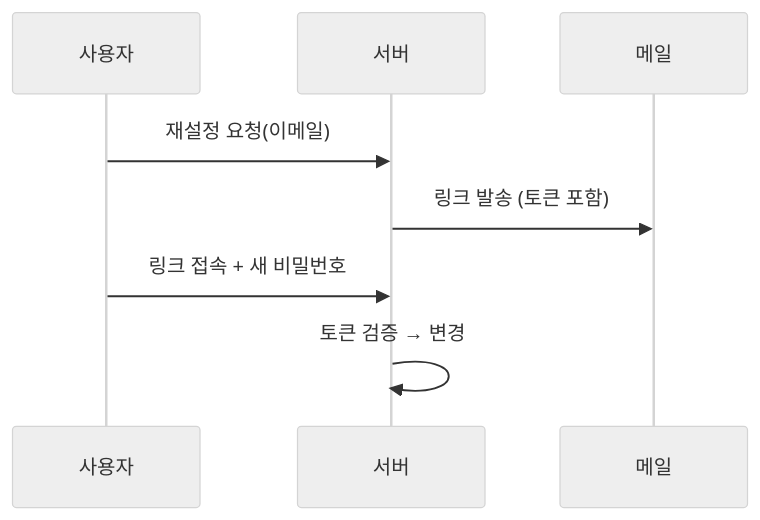
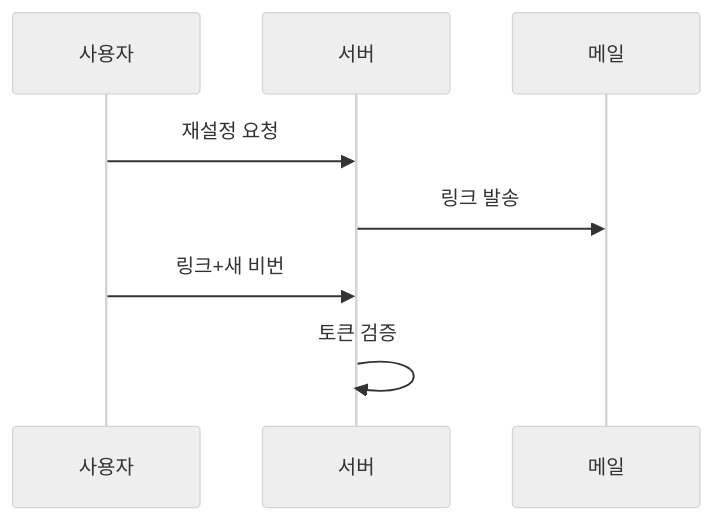
Before and after one commit to logiciris/logiciris.github.io: the second of 2 diagrams in _notes/authentication-vulnerabilities.md, drawn with Mermaid (neutral theme). The commit also changed 28 other files, not shown here.

Commit message:
Notes batches 1-2: qa fixes (accuracy, links, mermaid labels)

````diff
--- a/_notes/authentication-vulnerabilities.md
+++ b/_notes/authentication-vulnerabilities.md
@@ -166,10 +166,10 @@
 ```mermaid
 sequenceDiagram
     participant U as 사용자
     participant S as 서버
     participant M as 메일
-    U->>S: 재설정 요청(이메일)
-    S->>M: 링크 발송 (토큰 포함)
-    U->>S: 링크 접속 + 새 비밀번호
-    S->>S: 토큰 검증 → 변경
+    U->>S: 재설정 요청
+    S->>M: 링크 발송
+    U->>S: 링크+새 비번
+    S->>S: 토큰 검증
 ```
````
